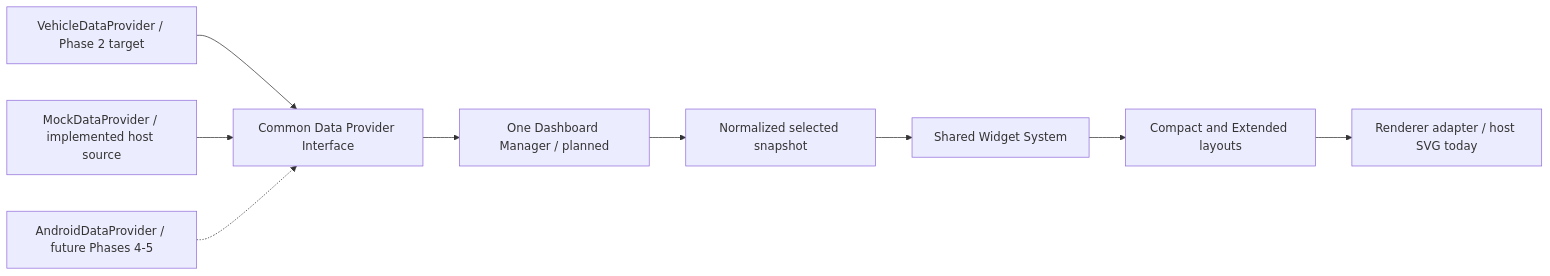
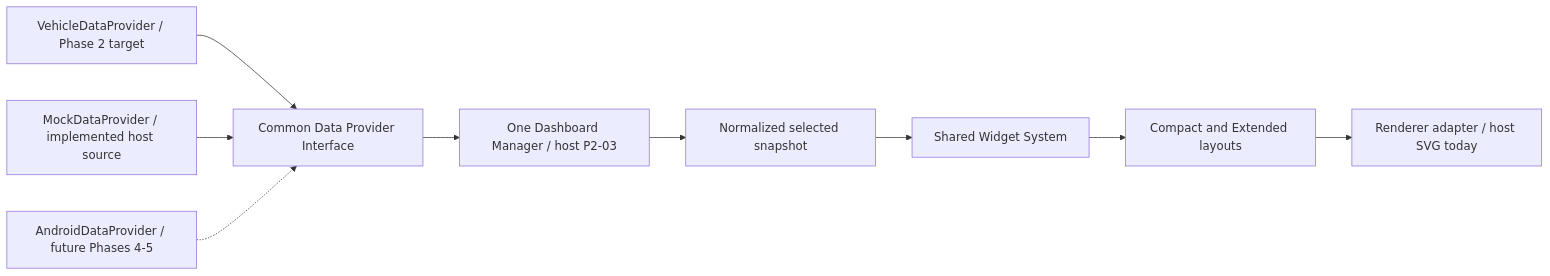
The diagram in docs/ROADMAP.md (alpersid-org/audi-mib2q-dashboards), drawn with Mermaid before and after one commit. The commit also changed other lines of this file and 16 other files, not shown here.

First line of the commit message:
feat(dashboard): add P2-03 host config and dashboard manager; tests deferred

````diff
--- a/docs/ROADMAP.md
+++ b/docs/ROADMAP.md
@@ -148,11 +149,11 @@
 ```mermaid
 flowchart LR
     V["VehicleDataProvider / Phase 2 target"] --> I["Common Data Provider Interface"]
     K["MockDataProvider / implemented host source"] --> I
     A["AndroidDataProvider / future Phases 4-5"] -.-> I
-    I --> M["One Dashboard Manager / planned"]
+    I --> M["One Dashboard Manager / host P2-03"]
     M --> S["Normalized selected snapshot"]
     S --> W["Shared Widget System"]
     W --> L["Compact and Extended layouts"]
     L --> R["Renderer adapter / host SVG today"]
 ```
````
